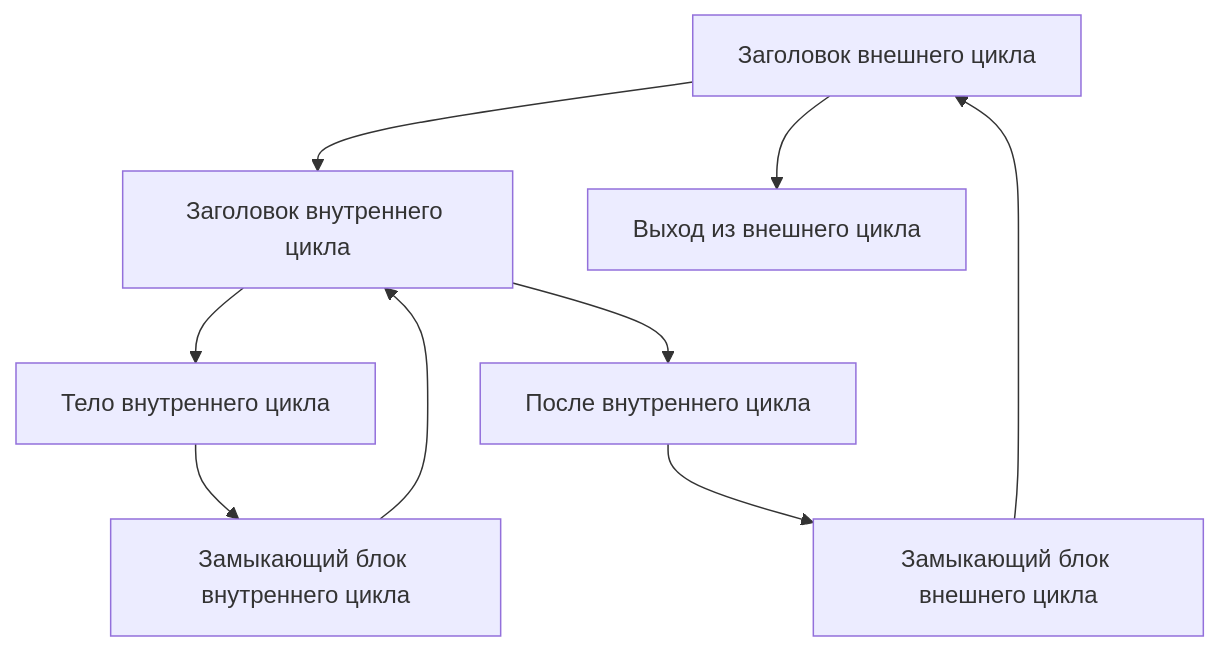
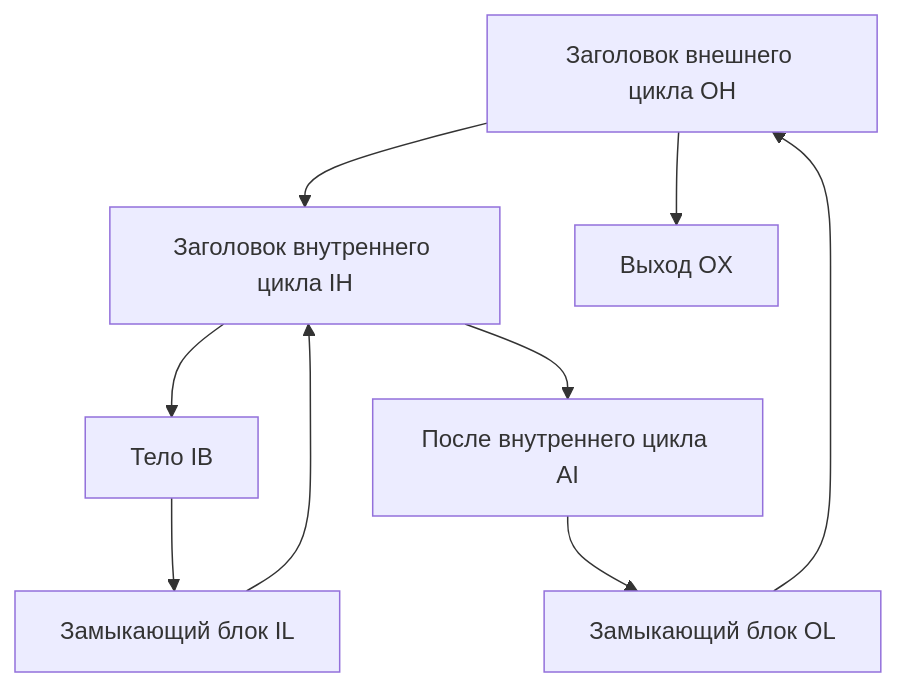
The diagram in docs/modules/14-havlak-and-loop-tree.md (Misha1302/Middle-end-compiler-cource), drawn with Mermaid before and after one commit. The commit also changed other lines of this file and 24 other files, not shown here.

````diff
--- a/docs/modules/14-havlak-and-loop-tree.md
+++ b/docs/modules/14-havlak-and-loop-tree.md
@@ -31,11 +36,11 @@
 ```mermaid
 flowchart TD
-  OH[Заголовок внешнего цикла] --> IH[Заголовок внутреннего цикла]
-  OH --> OX[Выход из внешнего цикла]
-  IH --> IB[Тело внутреннего цикла]
-  IH --> AI[После внутреннего цикла]
-  IB --> IL[Замыкающий блок внутреннего цикла]
+  OH[Заголовок внешнего цикла OH] --> IH[Заголовок внутреннего цикла IH]
+  OH --> OX[Выход OX]
+  IH --> IB[Тело IB]
+  IH --> AI[После внутреннего цикла AI]
+  IB --> IL[Замыкающий блок IL]
   IL --> IH
-  AI --> OL[Замыкающий блок внешнего цикла]
+  AI --> OL[Замыкающий блок OL]
   OL --> OH
 ```
````
